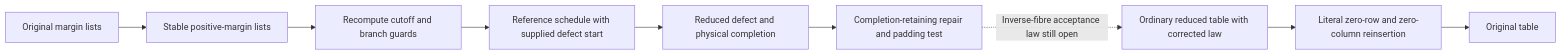
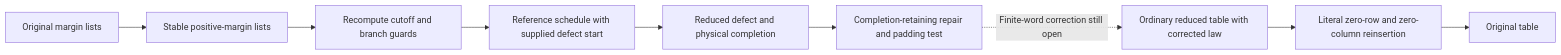
One commit to EcoDataLab/contingency-tables changed the diagram in docs/zero-margin-preprocessing.md. Above: the diagram before and after it, drawn with Mermaid. The commit also changed other lines of this file and 135 other files, not shown here.

Commit message:
Verify inverse counts and ideal uniform repair correction

````diff
--- a/docs/zero-margin-preprocessing.md
+++ b/docs/zero-margin-preprocessing.md
@@ -13,11 +14,11 @@
 ```mermaid
 flowchart LR
   A[Original margin lists] --> B[Stable positive-margin lists]
   B --> C[Recompute cutoff and branch guards]
   C --> D[Reference schedule with supplied defect start]
   D --> E[Reduced defect and physical completion]
   E --> R[Completion-retaining repair and padding test]
-  R -. Inverse-fibre acceptance law still open .-> F[Ordinary reduced table with corrected law]
+  R -. Finite-word correction still open .-> F[Ordinary reduced table with corrected law]
   F --> G[Literal zero-row and zero-column reinsertion]
   G --> H[Original table]
 ```
````
